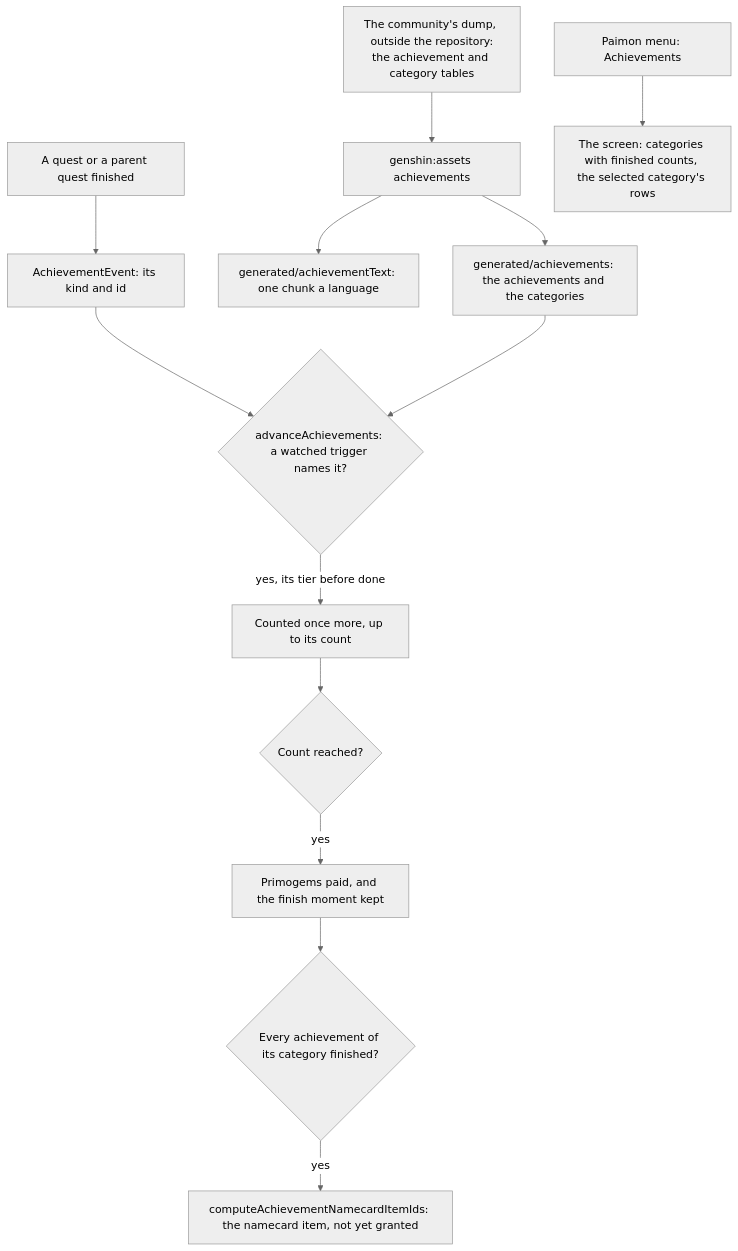
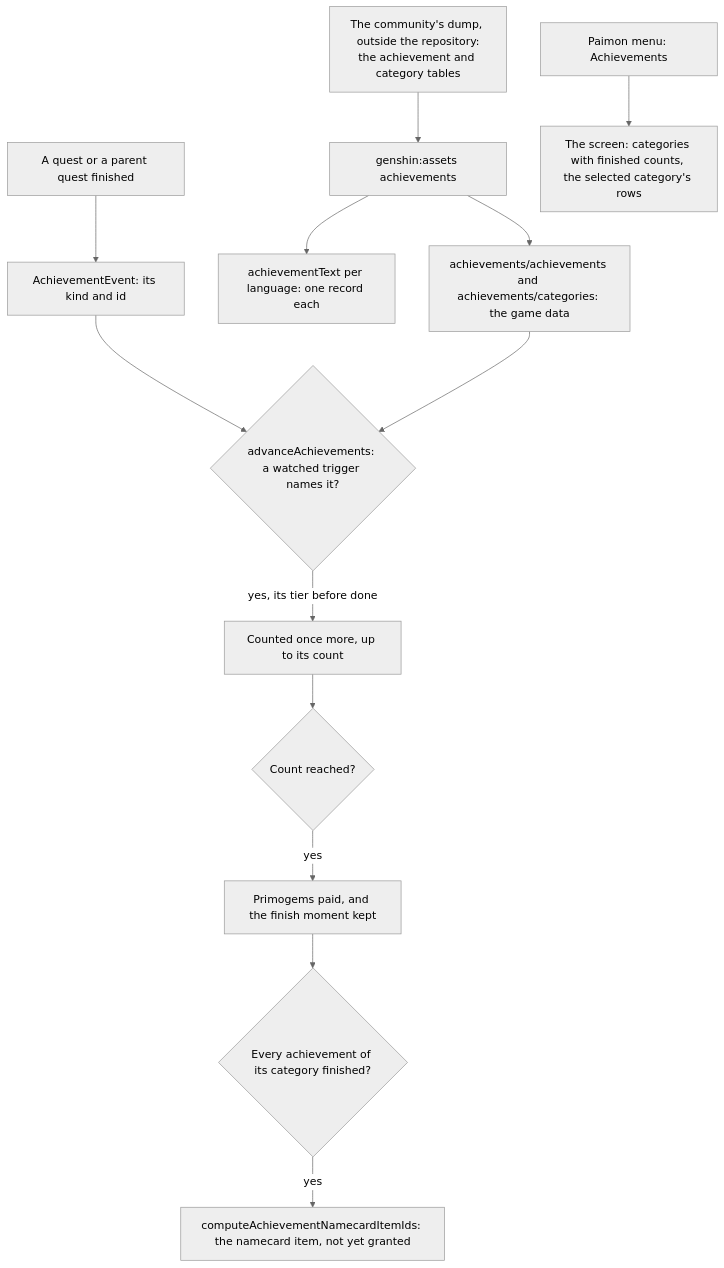
One commit to Esposter/Esposter changed the diagram in apps/web/content/docs/genshin/achievements.md. Above: the diagram before and after it, drawn with Mermaid (neutral theme). The commit also changed other lines of this file and 31 other files, not shown here.

First line of the commit message:
feat(scripts): the achievement, archive, card, quest and name steps publish to the game data

````diff
--- a/apps/web/content/docs/genshin/achievements.md
+++ b/apps/web/content/docs/genshin/achievements.md
@@ -12,15 +12,15 @@
 ```mermaid
 flowchart TD
   DUMP["The community's dump, outside the repository:<br/>the achievement and category tables"] --> WRITE["genshin:assets achievements"]
-  WRITE --> SLICES["generated/achievements: the achievements and the categories"]
-  WRITE --> WORDS["generated/achievementText: one chunk a language"]
+  WRITE --> SLICES["achievements/achievements and achievements/categories: the game data"]
+  WRITE --> WORDS["achievementText per language: one record each"]
   DOING["A quest or a parent quest finished"] --> EVENT["AchievementEvent: its kind and id"]
   EVENT --> ADVANCE{"advanceAchievements: a watched trigger names it?"}
   SLICES --> ADVANCE
   ADVANCE -->|"yes, its tier before done"| COUNT["Counted once more, up to its count"]
   COUNT --> DONE{"Count reached?"}
   DONE -->|"yes"| PAY["Primogems paid, and the finish moment kept"]
   PAY --> CAT{"Every achievement of its category finished?"}
   CAT -->|"yes"| NAMECARD["computeAchievementNamecardItemIds: the namecard item, not yet granted"]
   SCREEN["Paimon menu: Achievements"] --> VIEW["The screen: categories with finished counts, the selected category's rows"]
 ```
````
